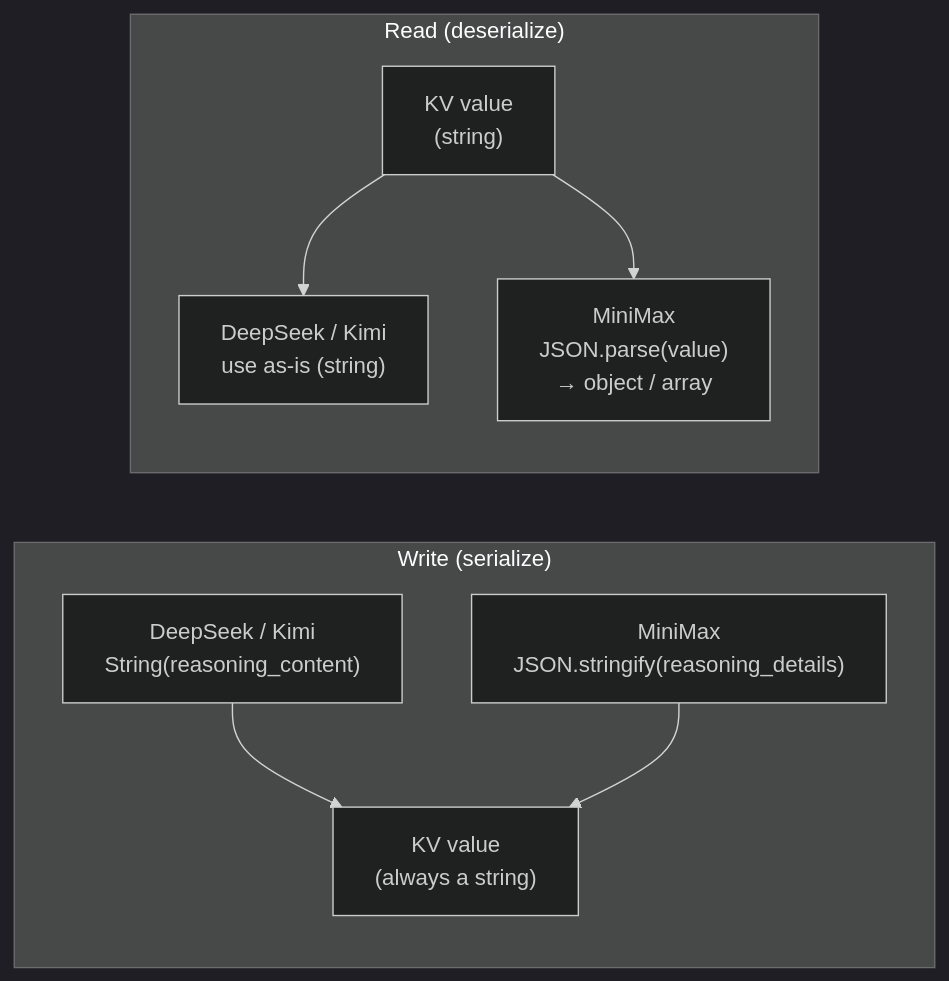
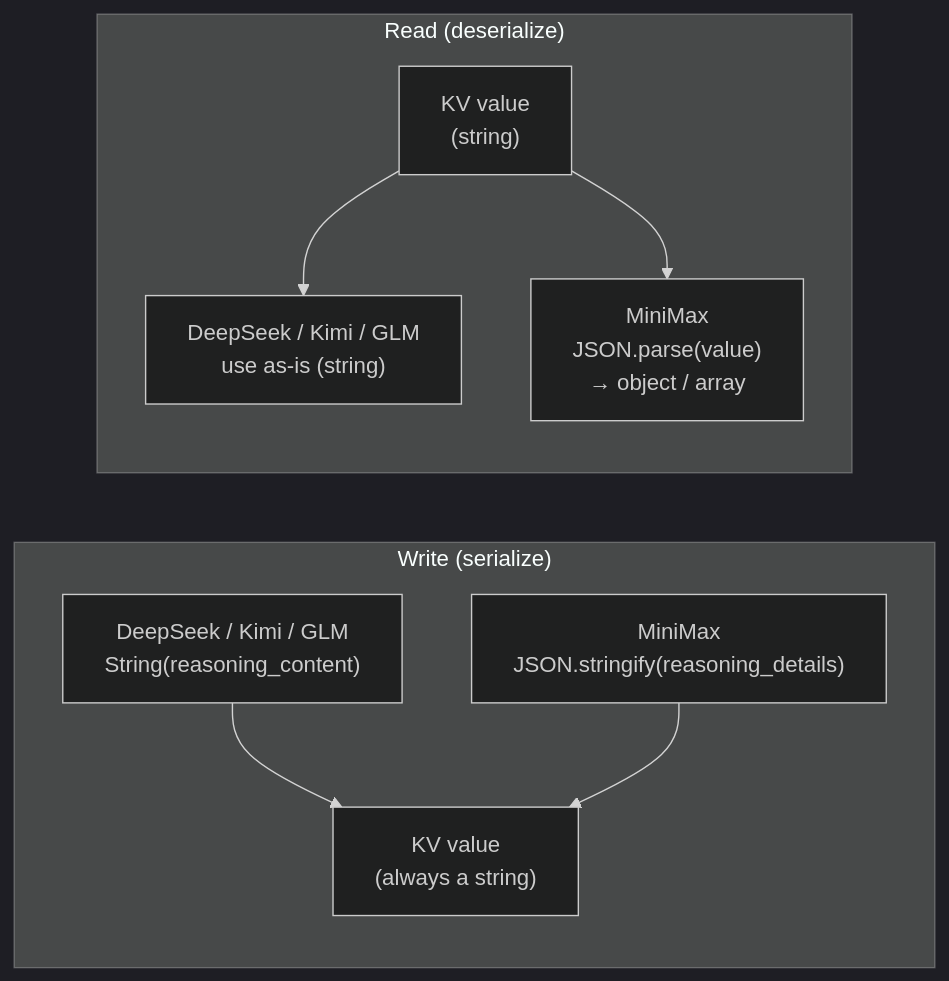
Before and after one commit to lqdflying/cursorProxy: the fourth of 6 diagrams in doc/reasoning-bridge.md, drawn with Mermaid (dark theme). The commit also changed other lines of this file and 19 other files, not shown here.

````diff
--- a/doc/reasoning-bridge.md
+++ b/doc/reasoning-bridge.md
@@ -89,18 +89,18 @@
 ```mermaid
 flowchart LR
     subgraph "Write (serialize)"
-        DSW["DeepSeek / Kimi\nString(reasoning_content)"]
+        DSW["DeepSeek / Kimi / GLM\nString(reasoning_content)"]
         MMW["MiniMax\nJSON.stringify(reasoning_details)"]
         KVW["KV value\n(always a string)"]
         DSW --> KVW
         MMW --> KVW
     end
 
     subgraph "Read (deserialize)"
         KVR["KV value\n(string)"]
-        DSR["DeepSeek / Kimi\nuse as-is (string)"]
+        DSR["DeepSeek / Kimi / GLM\nuse as-is (string)"]
         MMR["MiniMax\nJSON.parse(value)\n→ object / array"]
         KVR --> DSR
         KVR --> MMR
     end
 ```
````
